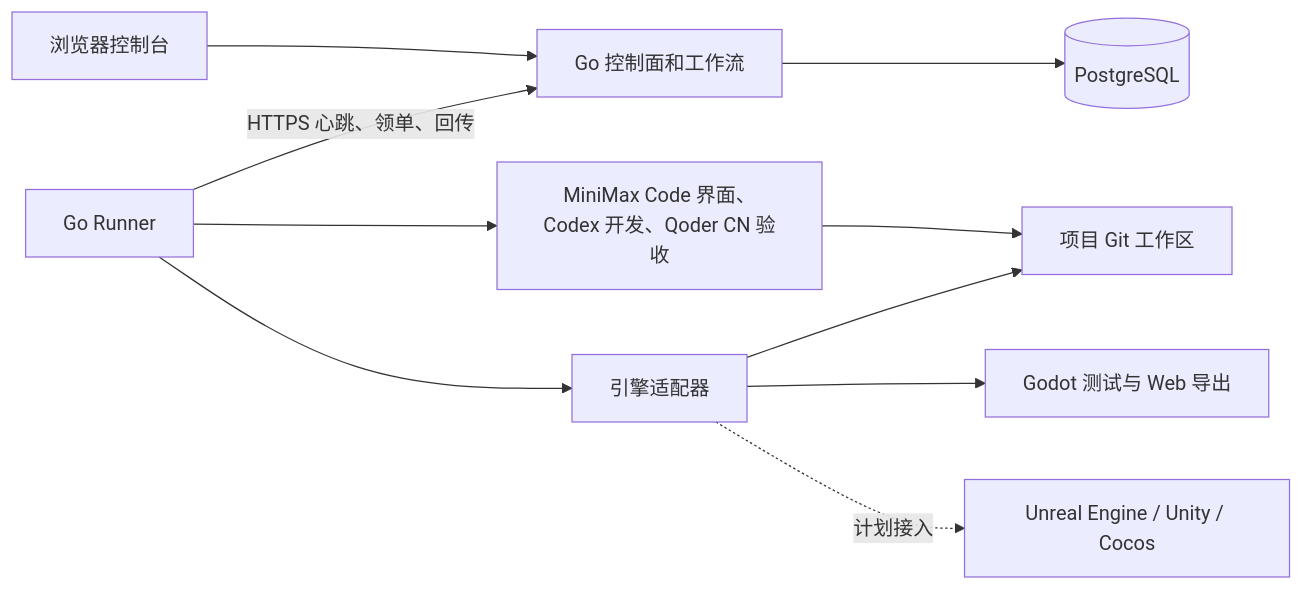
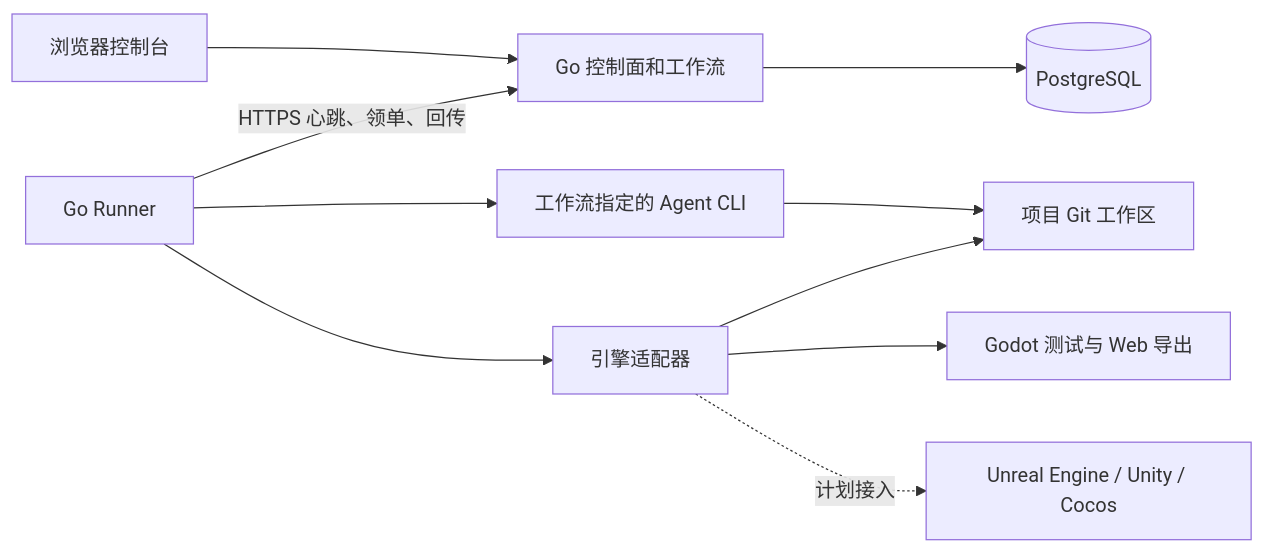
One commit to PhongFeng/Agentrib changed the diagram in README.md. Above: the diagram before and after it, drawn with Mermaid. The commit also changed other lines of this file and 14 other files, not shown here.

Commit message:
feat: let workflows assign any supported Agent CLI per step

````diff
--- a/README.md
+++ b/README.md
@@ -17,12 +32,12 @@
 ```mermaid
 flowchart LR
     Web[浏览器控制台] --> Server[Go 控制面和工作流]
     Server --> Database[(PostgreSQL)]
     Runner[Go Runner] -->|HTTPS 心跳、领单、回传| Server
-    Runner --> Agents[MiniMax Code 界面、Codex 开发、Qoder CN 验收]
+    Runner --> Agents[工作流指定的 Agent CLI]
     Runner --> Engine[引擎适配器]
     Engine --> Godot[Godot 测试与 Web 导出]
     Engine -. 计划接入 .-> Future[Unreal Engine / Unity / Cocos]
     Agents --> Git[项目 Git 工作区]
     Engine --> Git
 ```
````
